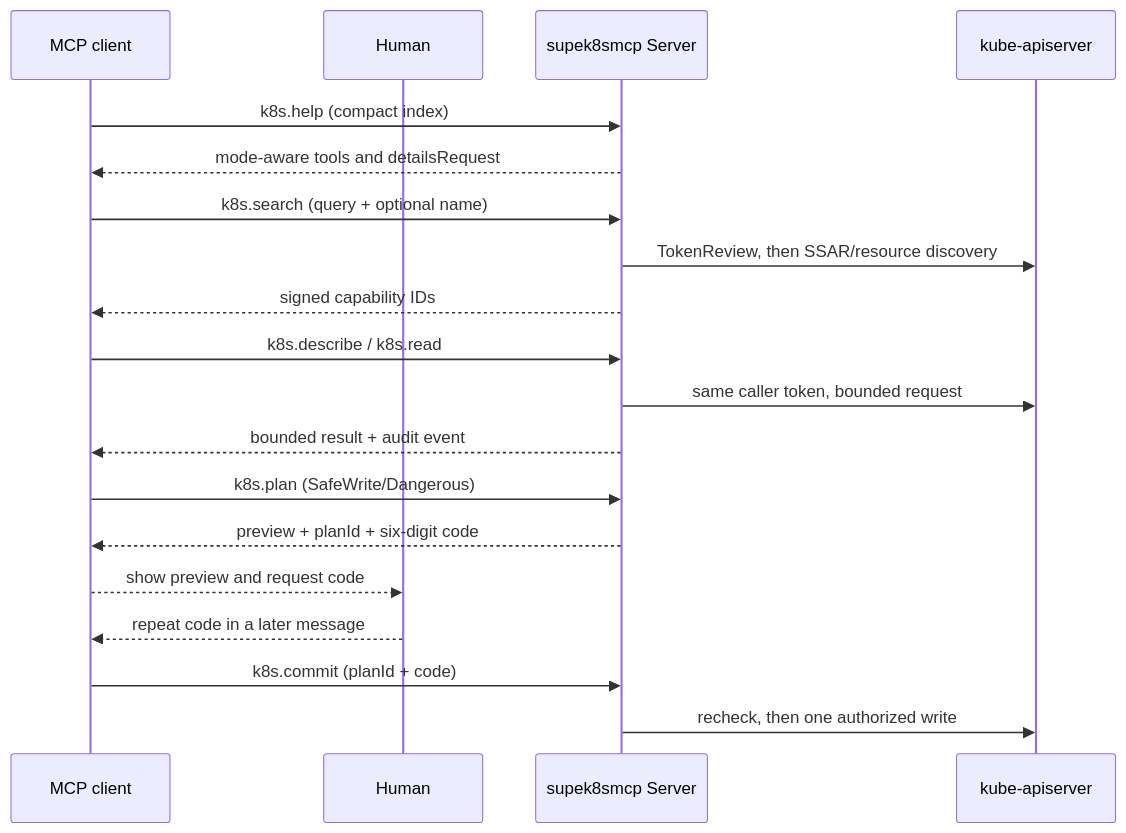
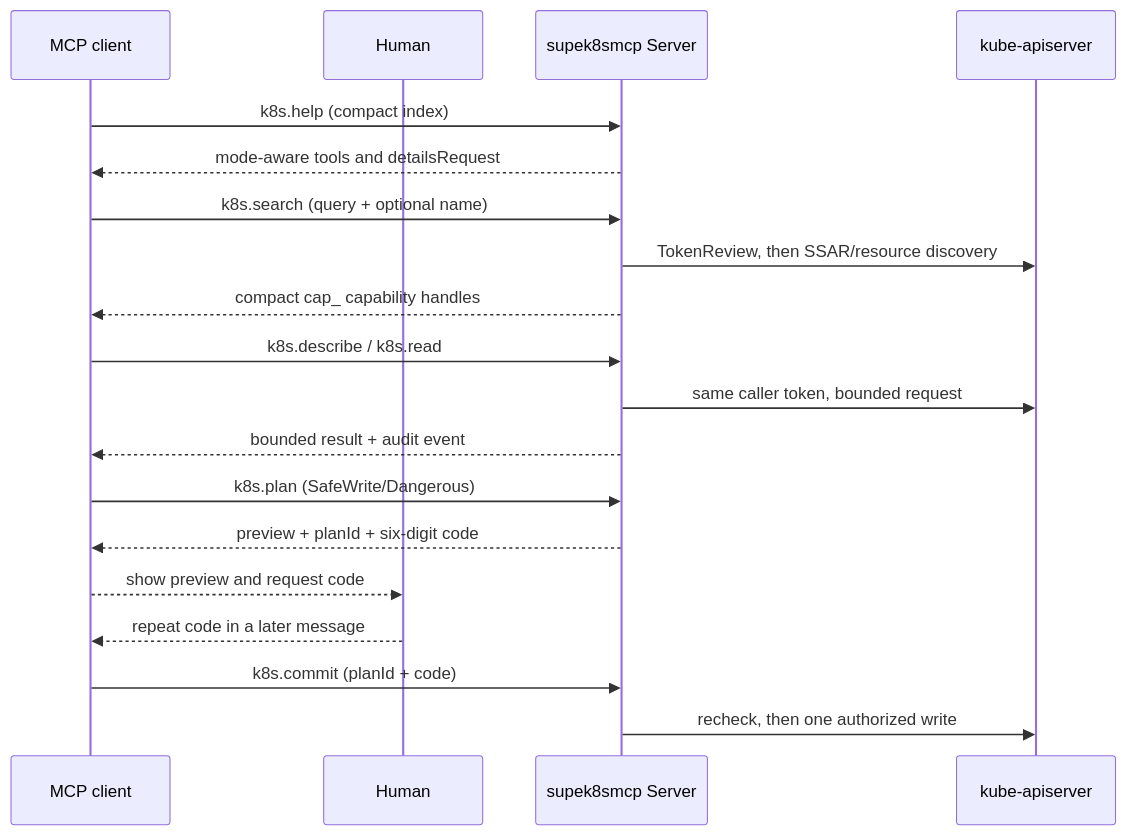
One commit to SamuelSupe/supek8smcp changed the first of 2 diagrams in README.md. Above: the diagram before and after it, drawn with Mermaid. The commit also changed other lines of this file and 28 other files, not shown here.

````diff
--- a/README.md
+++ b/README.md
@@ -51,21 +51,21 @@
 ```mermaid
 sequenceDiagram
     participant C as MCP client
     participant H as Human
     participant S as supek8smcp Server
     participant K as kube-apiserver
     C->>S: k8s.help (compact index)
     S-->>C: mode-aware tools and detailsRequest
     C->>S: k8s.search (query + optional name)
     S->>K: TokenReview, then SSAR/resource discovery
-    S-->>C: signed capability IDs
+    S-->>C: compact cap_ capability handles
     C->>S: k8s.describe / k8s.read
     S->>K: same caller token, bounded request
     S-->>C: bounded result + audit event
     C->>S: k8s.plan (SafeWrite/Dangerous)
     S-->>C: preview + planId + six-digit code
     C-->>H: show preview and request code
     H-->>C: repeat code in a later message
     C->>S: k8s.commit (planId + code)
     S->>K: recheck, then one authorized write
 ```
````
